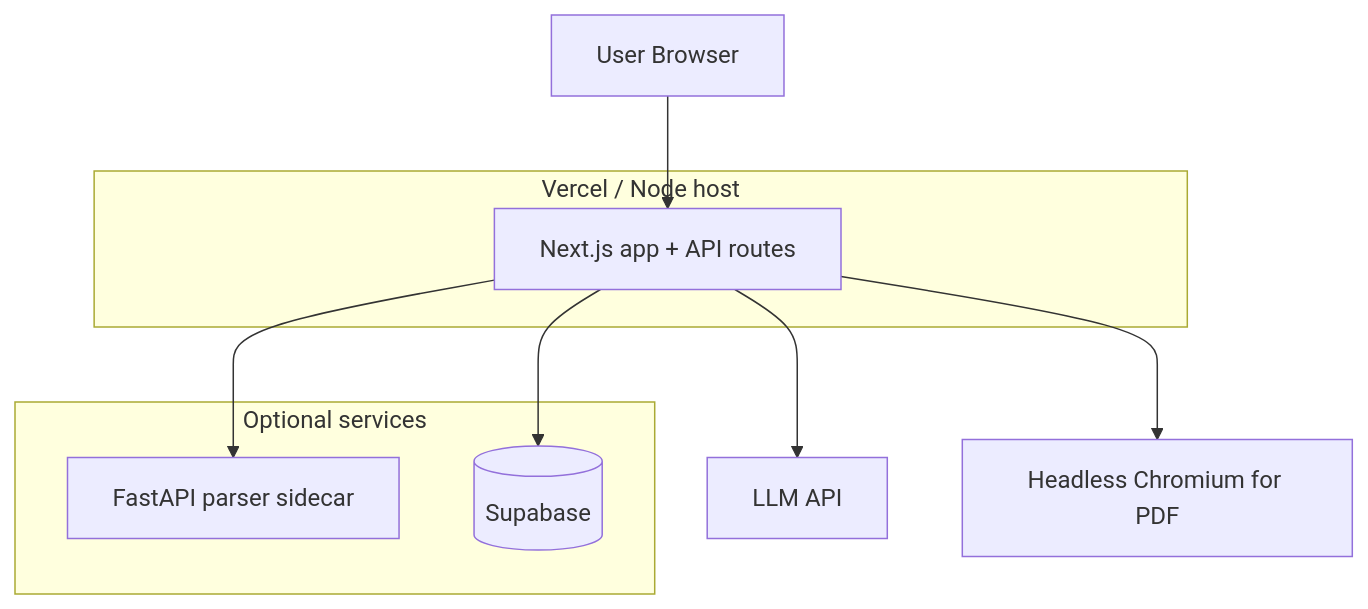
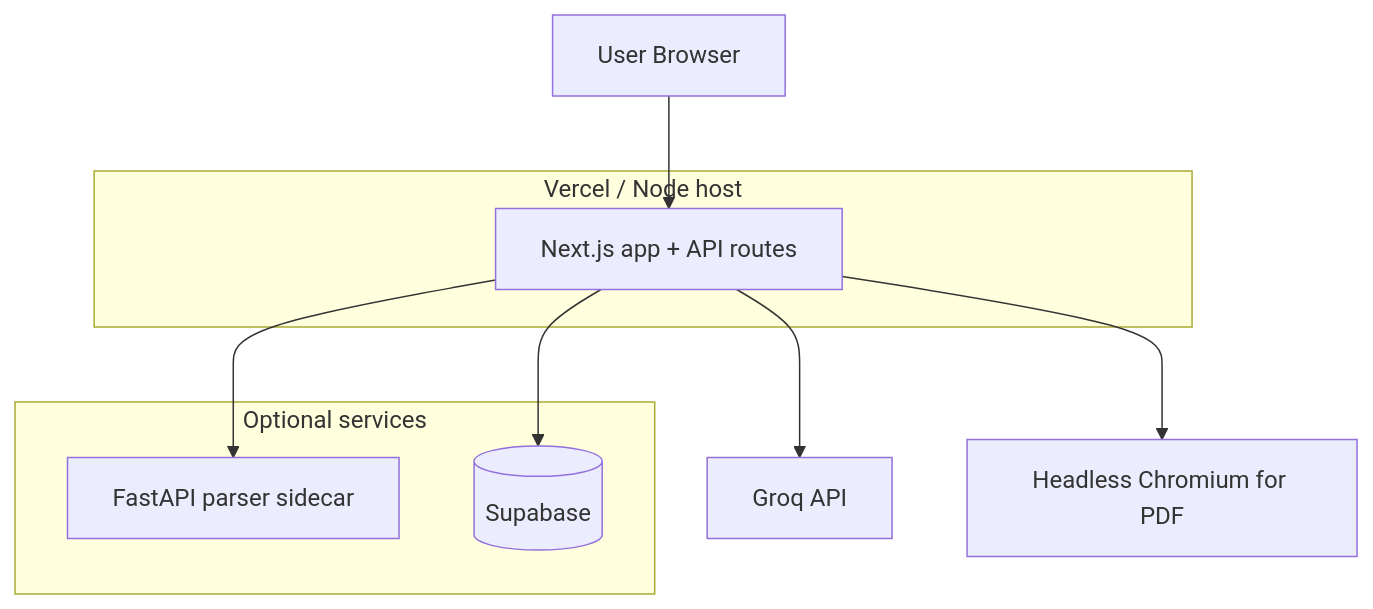
The fifth of 6 diagrams in docs/architecture.md (saksham20189575/resumeBuilder), drawn with Mermaid before and after one commit. The commit also changed other lines of this file and 133 other files, not shown here.

````diff
--- a/docs/architecture.md
+++ b/docs/architecture.md
@@ -613,17 +661,17 @@
 ```mermaid
 flowchart TB
     subgraph Vercel["Vercel / Node host"]
         WEB[Next.js app + API routes]
     end
 
     subgraph Optional["Optional services"]
         PY[FastAPI parser sidecar]
         DB[(Supabase)]
     end
 
     USER[User Browser] --> WEB
-    WEB --> LLM[LLM API]
+    WEB --> LLM[Groq API]
     WEB --> PY
     WEB --> DB
     WEB --> PDF[Headless Chromium for PDF]
 ```
````
